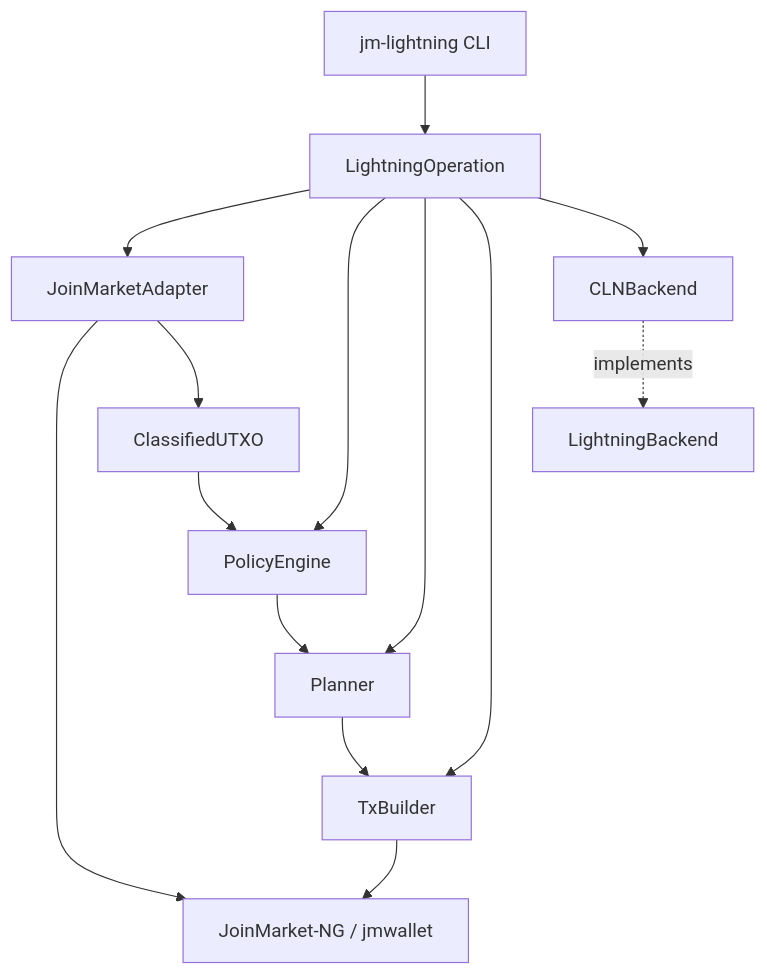
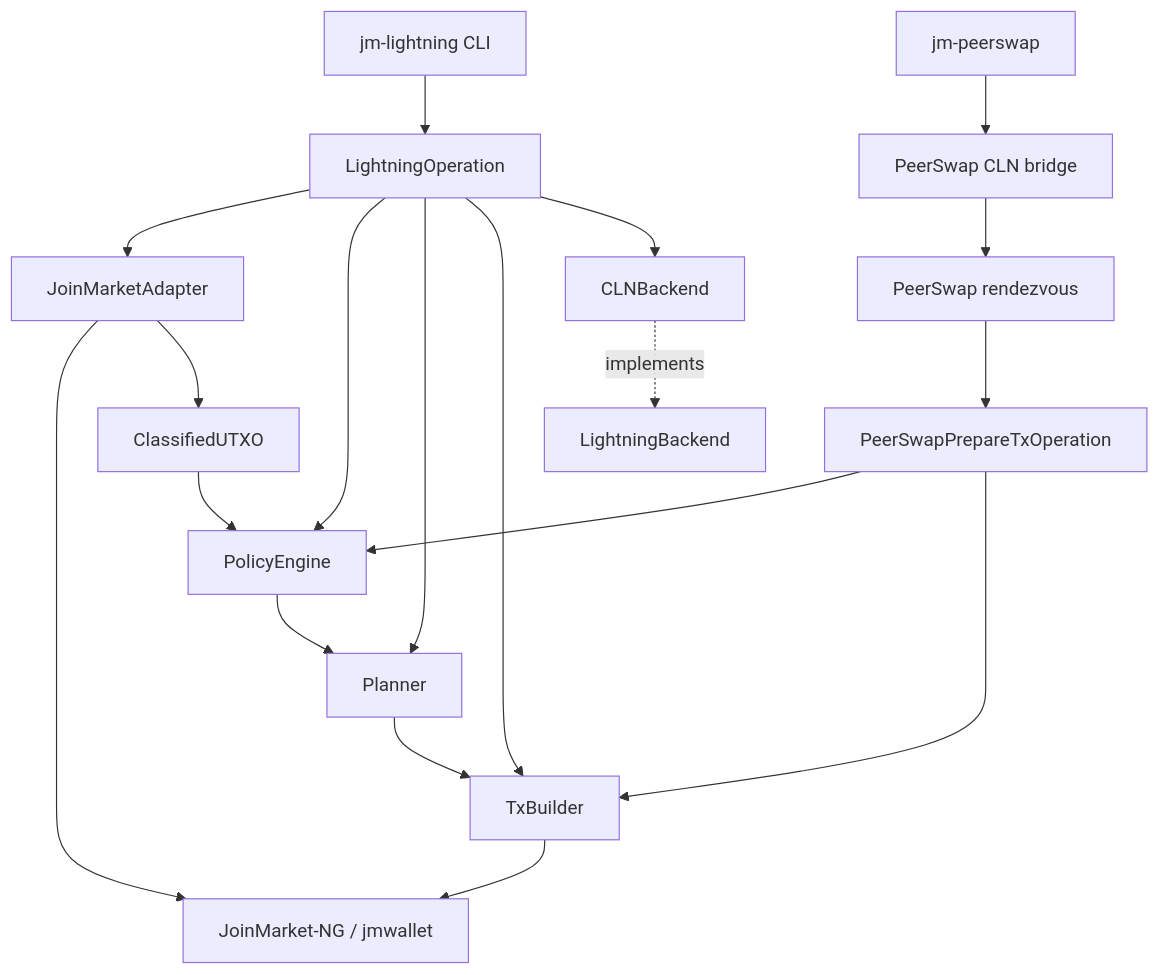
One commit to aido/jmlightning changed the first of 5 diagrams in README.md. Above: the diagram before and after it, drawn with Mermaid. The commit also changed other lines of this file and 1 other file, not shown here.

Commit message:
Update README for peerswap operation and plugin

````diff
--- a/README.md
+++ b/README.md
@@ -342,17 +411,23 @@
 ```mermaid
 graph TD
     CLI["jm-lightning CLI"] --> OP["LightningOperation"]
     OP --> JMA["JoinMarketAdapter"]
     OP --> POLICY["PolicyEngine"]
     OP --> PLANNER["Planner"]
     OP --> TX["TxBuilder"]
     OP --> CLN["CLNBackend"]
 
     JMA --> JM["JoinMarket-NG / jmwallet"]
     JMA --> MODEL["ClassifiedUTXO"]
     MODEL --> POLICY
     POLICY --> PLANNER
     PLANNER --> TX
     TX --> JM
     CLN -. implements .-> LB["LightningBackend"]
+
+    PS["jm-peerswap"] --> PROXY["PeerSwap CLN bridge"]
+    PROXY --> RS["PeerSwap rendezvous"]
+    RS --> PSOP["PeerSwapPrepareTxOperation"]
+    PSOP --> POLICY
+    PSOP --> TX
 ```
````
